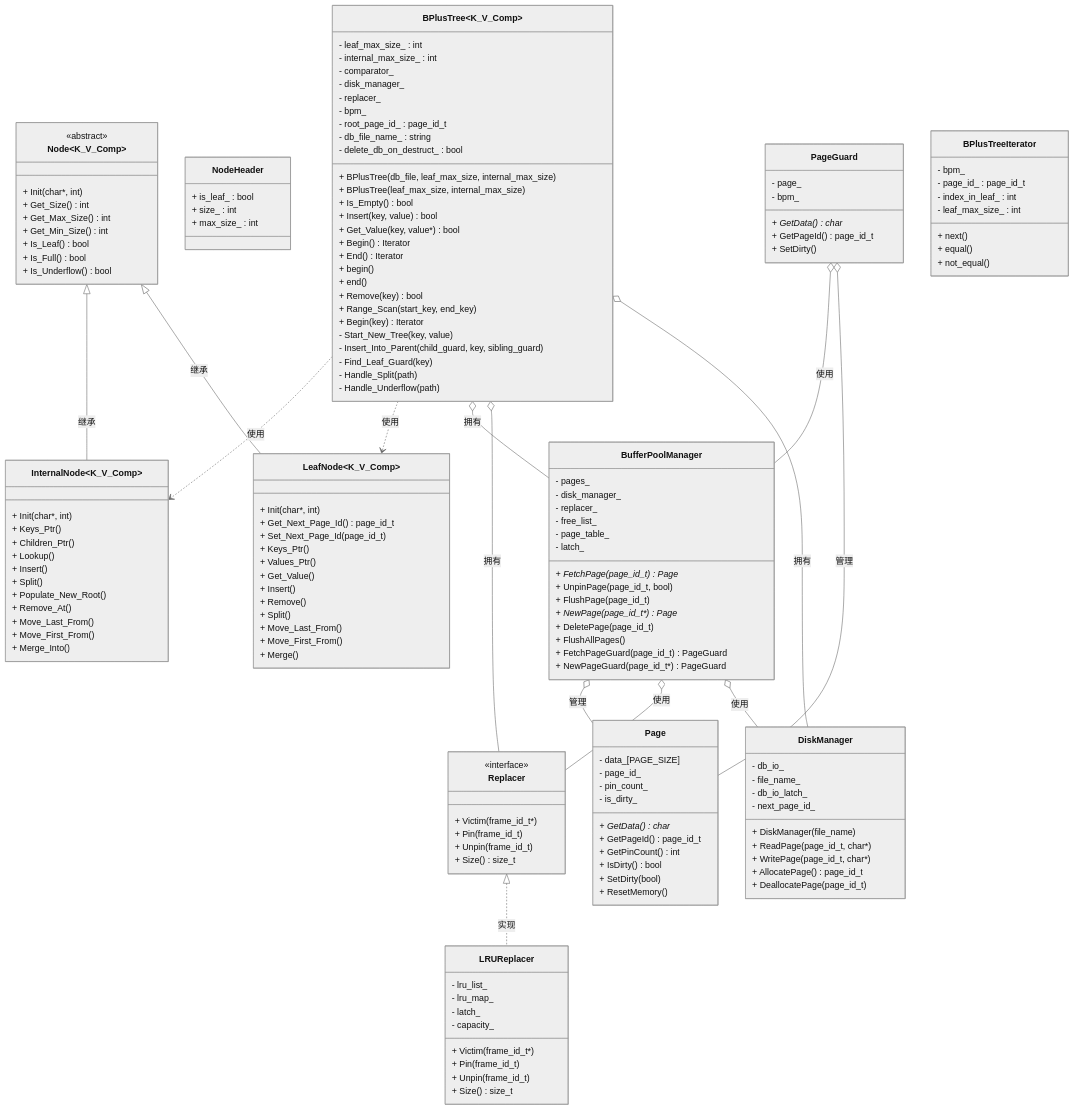
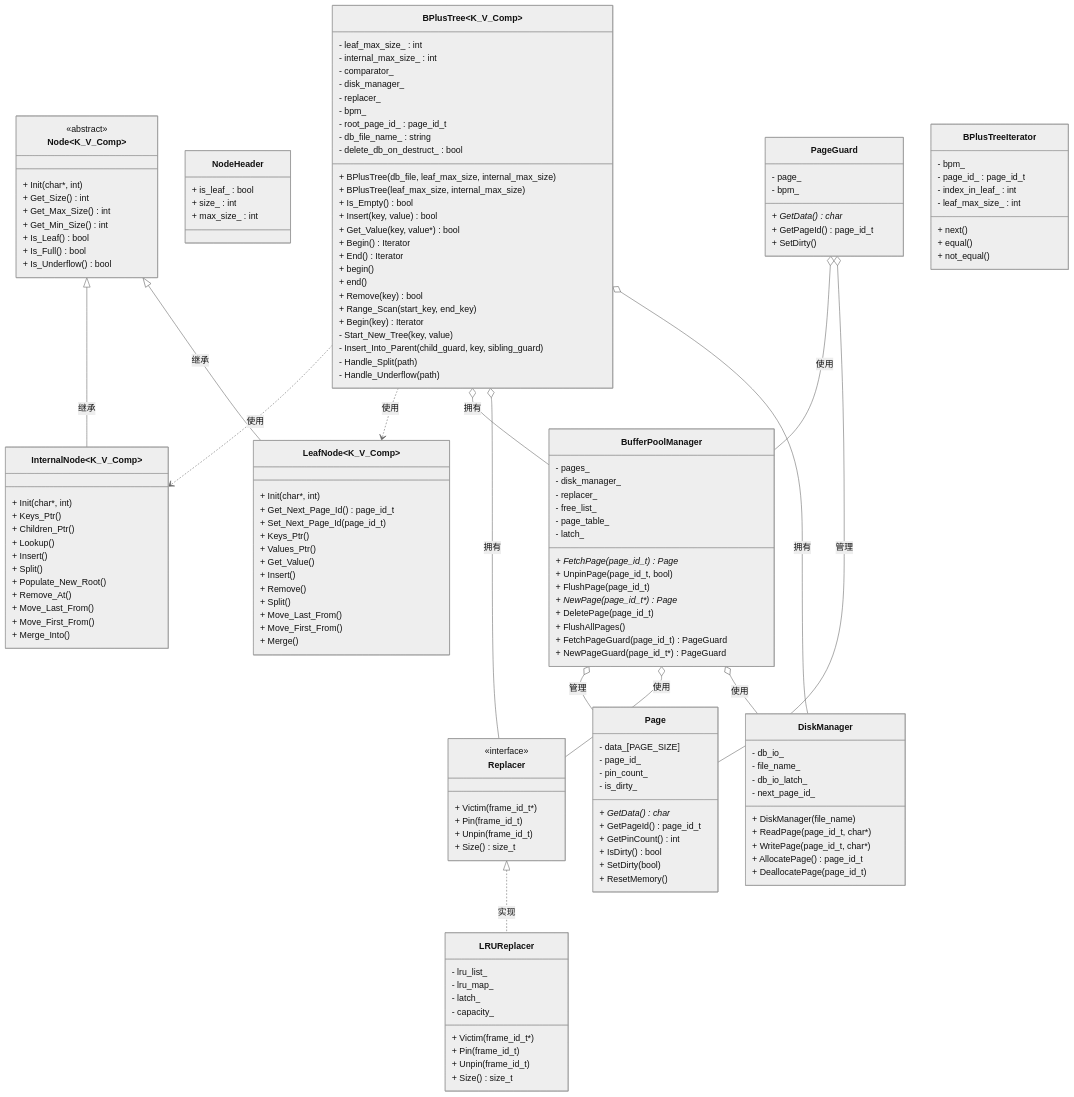
The second of 3 diagrams in README.md (870255728/bptree), drawn with Mermaid (neutral theme) before and after one commit. The commit also changed other lines of this file and 12 other files, not shown here.

```diff
--- a/README.md
+++ b/README.md
@@ -209,7 +310,6 @@
     + Begin(key) Iterator
     - Start_New_Tree(key, value)
     - Insert_Into_Parent(child_guard, key, sibling_guard)
-    - Find_Leaf_Guard(key)
     - Handle_Split(path)
     - Handle_Underflow(path)
 }
```
